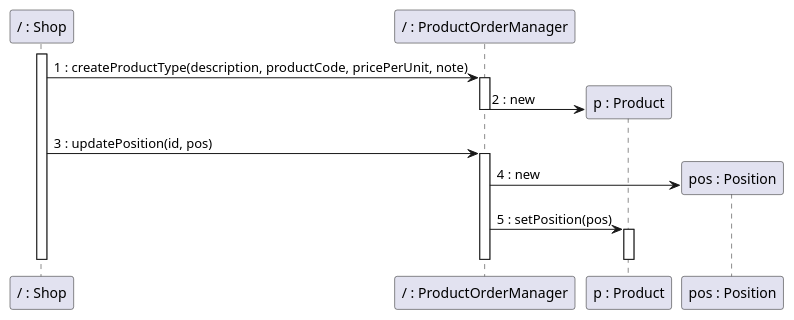
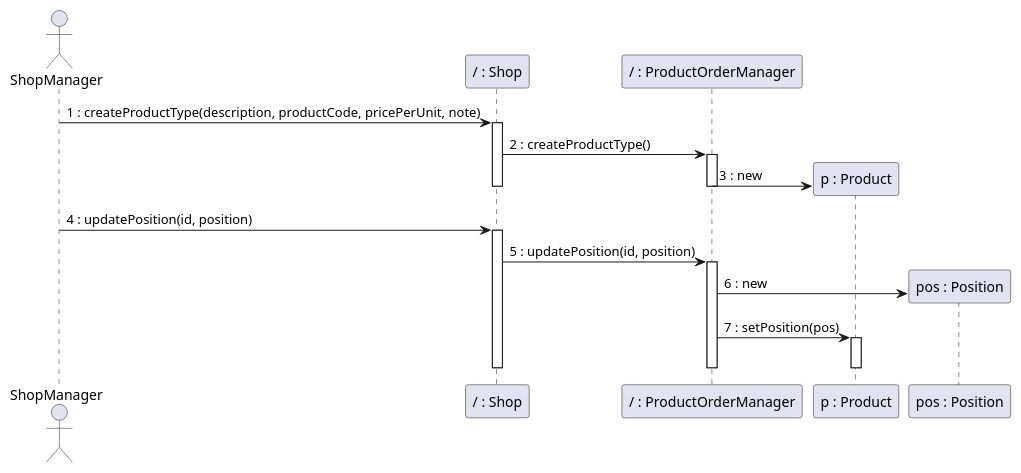
Before and after one commit to nicolabattaglino/ezshop: the fourth of 11 diagrams in Deliverables/DesignDocument.md, drawn with PlantUML. The commit also changed other lines of this file, not shown here.

````diff
--- a/Deliverables/DesignDocument.md
+++ b/Deliverables/DesignDocument.md
@@ -486,27 +486,32 @@
 ```plantuml
 @startuml
+actor ShopManager
 participant "/ : Shop" as Shop
 participant "/ : ProductOrderManager" as ProductOrderManager
 participant "p : Product" as Product
 participant "pos : Position" as Position
+
+ShopManager -> Shop: 1 : createProductType(description, productCode, pricePerUnit, note)
 activate Shop
-Shop -> ProductOrderManager: 1 : createProductType(description, productCode, pricePerUnit, note)
+
+Shop -> ProductOrderManager: 2 : createProductType()
 activate ProductOrderManager
 create Product
-ProductOrderManager -> Product: 2 : new
+ProductOrderManager -> Product: 3 : new
 
 deactivate ProductOrderManager
-
-
-Shop -> ProductOrderManager: 3 : updatePosition(id, pos)
+deactivate Shop
+ShopManager -> Shop: 4 : updatePosition(id, position)
+activate Shop
+Shop -> ProductOrderManager: 5 : updatePosition(id, position)
 activate ProductOrderManager
 create Position
-ProductOrderManager -> Position: 4 : new 
+ProductOrderManager -> Position: 6 : new 
 
-ProductOrderManager -> Product: 5 : setPosition(pos)
+ProductOrderManager -> Product: 7 : setPosition(pos)
 activate Product
 deactivate Product
 deactivate ProductOrderManager
 deactivate Shop
 @enduml
 ```
````
